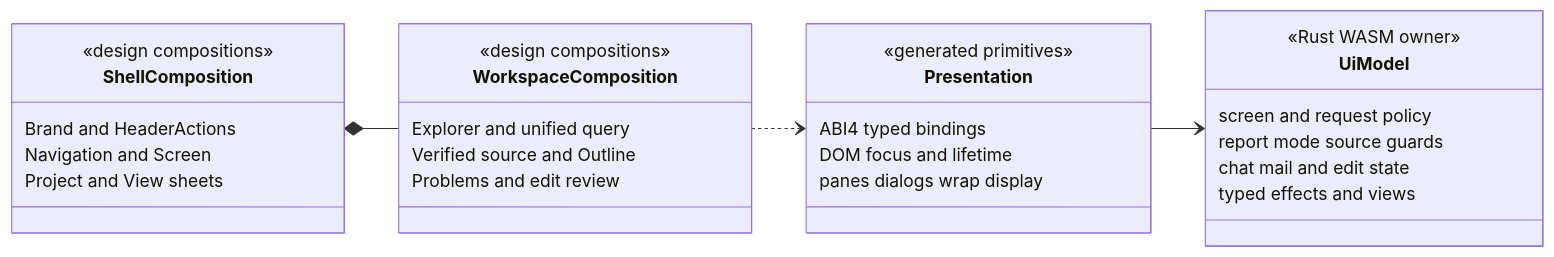
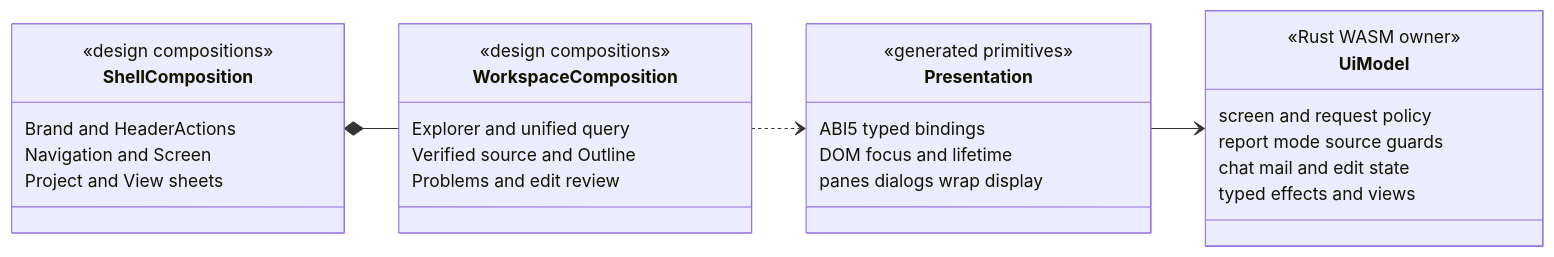
One commit to roachmaster/homelab changed the diagram in docs/architecture/diagrams/mermaid/m26-ui-components.mmd. Above: the diagram before and after it, drawn with Mermaid. The commit also changed 53 other files, not shown here.

```diff
--- a/docs/architecture/diagrams/mermaid/m26-ui-components.mmd
+++ b/docs/architecture/diagrams/mermaid/m26-ui-components.mmd
@@ -1,30 +1,30 @@
 classDiagram
   direction LR
   class ShellComposition {
     <<design compositions>>
     Brand and HeaderActions
     Navigation and Screen
     Project and View sheets
   }
   class WorkspaceComposition {
     <<design compositions>>
     Explorer and unified query
     Verified source and Outline
     Problems and edit review
   }
   class Presentation {
     <<generated primitives>>
-    ABI4 typed bindings
+    ABI5 typed bindings
     DOM focus and lifetime
     panes dialogs wrap display
   }
   class UiModel {
     <<Rust WASM owner>>
     screen and request policy
     report mode source guards
     chat mail and edit state
     typed effects and views
   }
   ShellComposition *-- WorkspaceComposition
   WorkspaceComposition ..> Presentation
   Presentation --> UiModel
```
